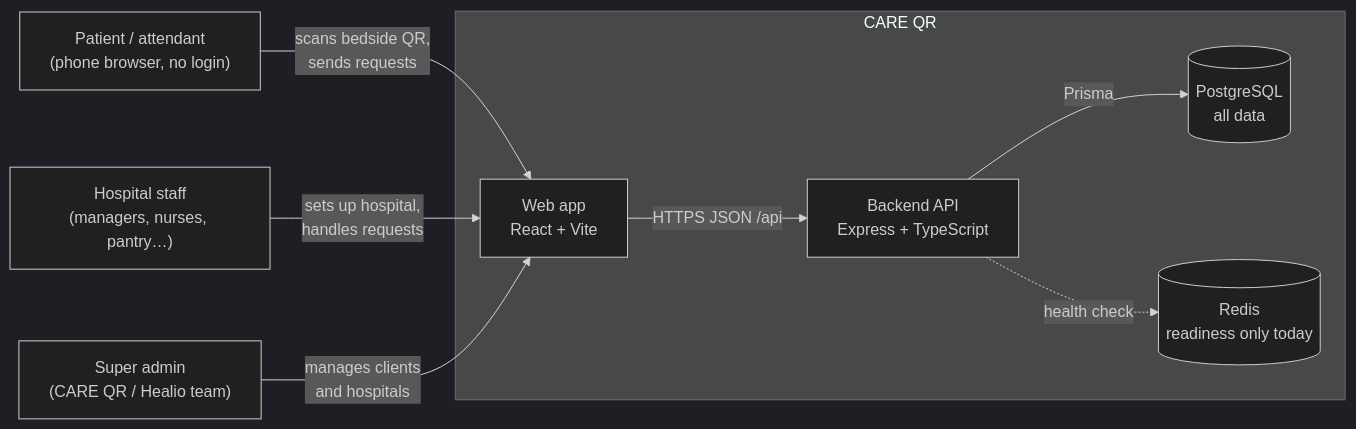
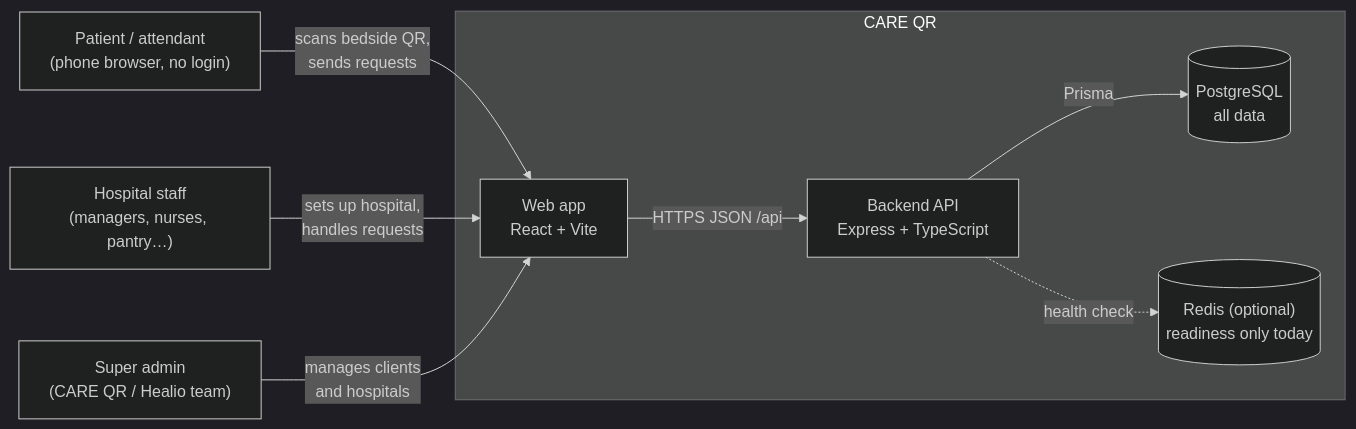
Before and after one commit to Vishal120703/QR_based-hospital-management-system: the first of 5 diagrams in docs/architecture/README.md, drawn with Mermaid (dark theme). The commit also changed other lines of this file and 19 other files, not shown here.

````diff
--- a/docs/architecture/README.md
+++ b/docs/architecture/README.md
@@ -9,18 +9,18 @@
 ```mermaid
 flowchart LR
   patient["Patient / attendant<br/>(phone browser, no login)"]
   staff["Hospital staff<br/>(managers, nurses, pantry…)"]
   admin["Super admin<br/>(CARE QR / Healio team)"]
   subgraph careqr["CARE QR"]
     web["Web app<br/>React + Vite"]
     api["Backend API<br/>Express + TypeScript"]
     db[("PostgreSQL<br/>all data")]
-    redis[("Redis<br/>readiness only today")]
+    redis[("Redis (optional)<br/>readiness only today")]
   end
   patient -- "scans bedside QR,<br/>sends requests" --> web
   staff -- "sets up hospital,<br/>handles requests" --> web
   admin -- "manages clients<br/>and hospitals" --> web
   web -- "HTTPS JSON /api" --> api
   api -- "Prisma" --> db
   api -. "health check" .-> redis
 ```
````
